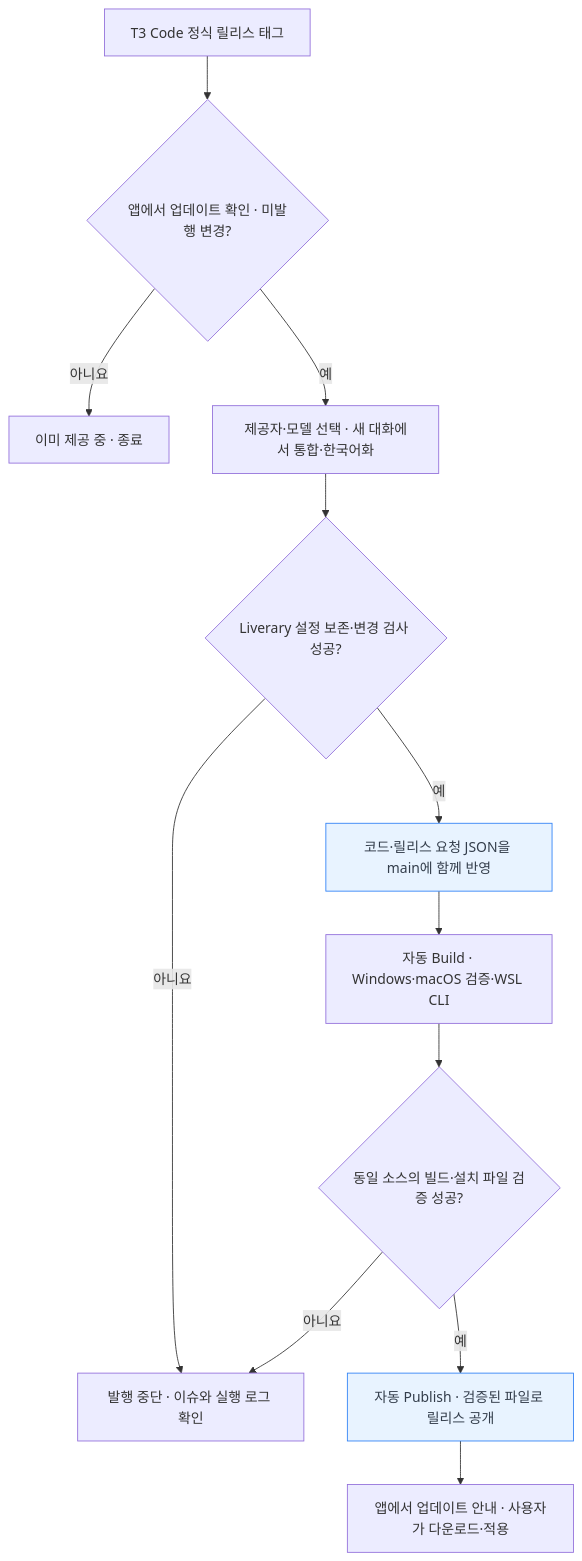
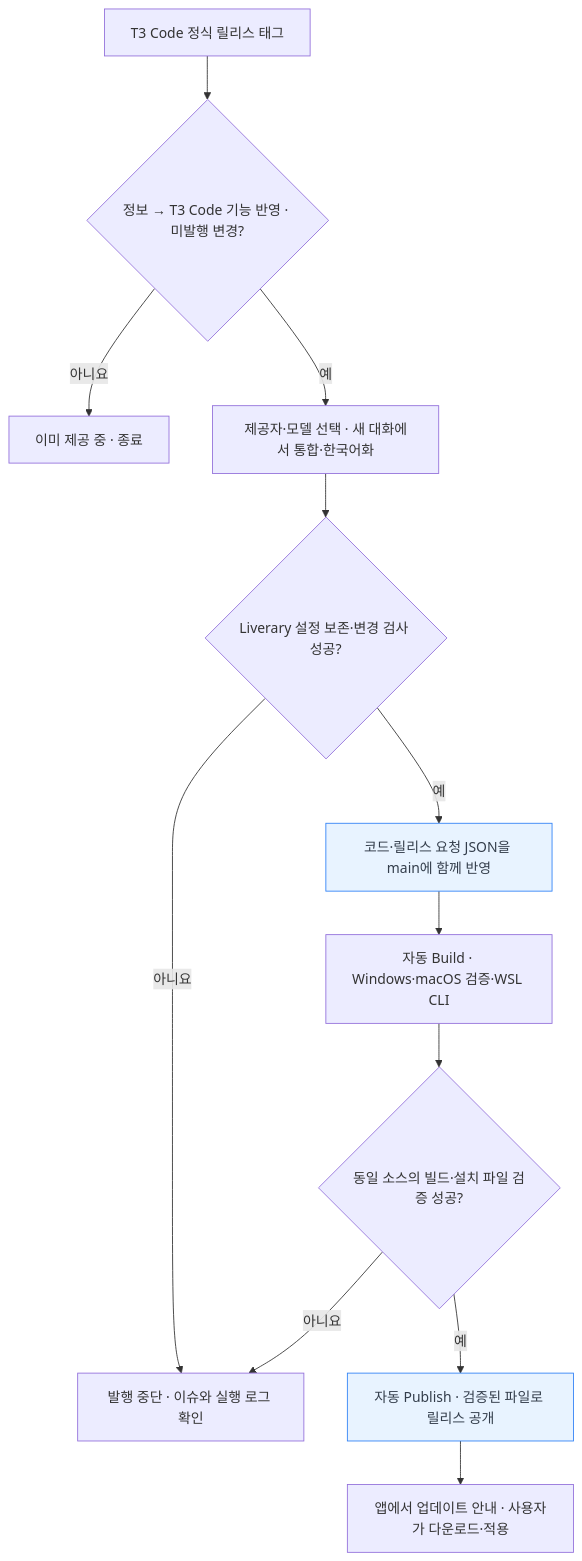
Before and after one commit to andongmin94/Liverary: the third of 3 diagrams in README.md, drawn with Mermaid. The commit also changed other lines of this file and 49 other files, not shown here.

````diff
--- a/README.md
+++ b/README.md
@@ -196,29 +212,29 @@
 ```mermaid
 flowchart TB
     upstreamRelease["T3 Code 정식 릴리스 태그"]
-    upstreamCheck{"앱에서 업데이트 확인 · 미발행 변경?"}
+    upstreamCheck{"정보 → T3 Code 기능 반영 · 미발행 변경?"}
     current["이미 제공 중 · 종료"]
     integrate["제공자·모델 선택 · 새 대화에서 통합·한국어화"]
     sourceGate{"Liverary 설정 보존·변경 검사 성공?"}
     mainCommit["코드·릴리스 요청 JSON을 main에 함께 반영"]
     build["자동 Build · Windows·macOS 검증·WSL CLI"]
     gate{"동일 소스의 빌드·설치 파일 검증 성공?"}
     blocked["발행 중단 · 이슈와 실행 로그 확인"]
     release["자동 Publish · 검증된 파일로 릴리스 공개"]
     installedApp["앱에서 업데이트 안내 · 사용자가 다운로드·적용"]
 
     upstreamRelease --> upstreamCheck
     upstreamCheck -->|"아니요"| current
     upstreamCheck -->|"예"| integrate
     integrate --> sourceGate
     sourceGate -->|"예"| mainCommit
     sourceGate -->|"아니요"| blocked
     mainCommit --> build
     build --> gate
     gate -->|"예"| release
     gate -->|"아니요"| blocked
     release --> installedApp
 
     classDef app fill:#e8f3ff,stroke:#3182f6,color:#333d4b
     class mainCommit,release app
 ```
````
